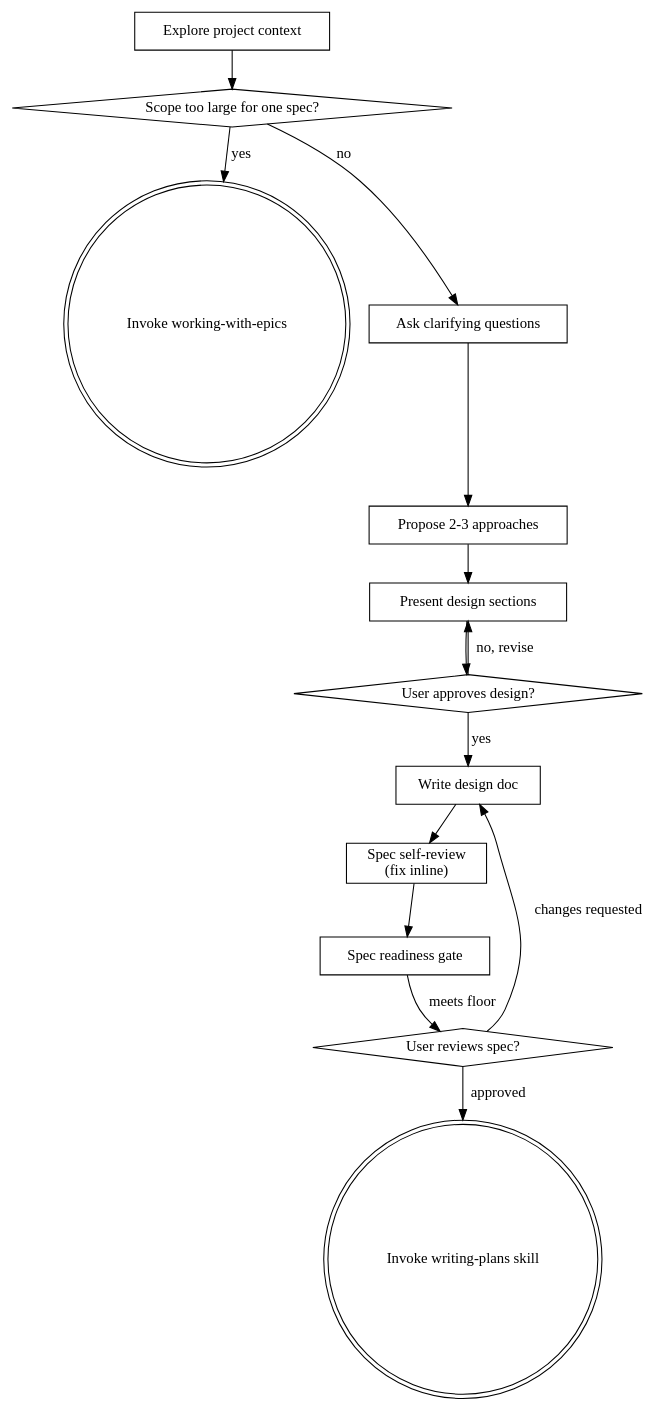
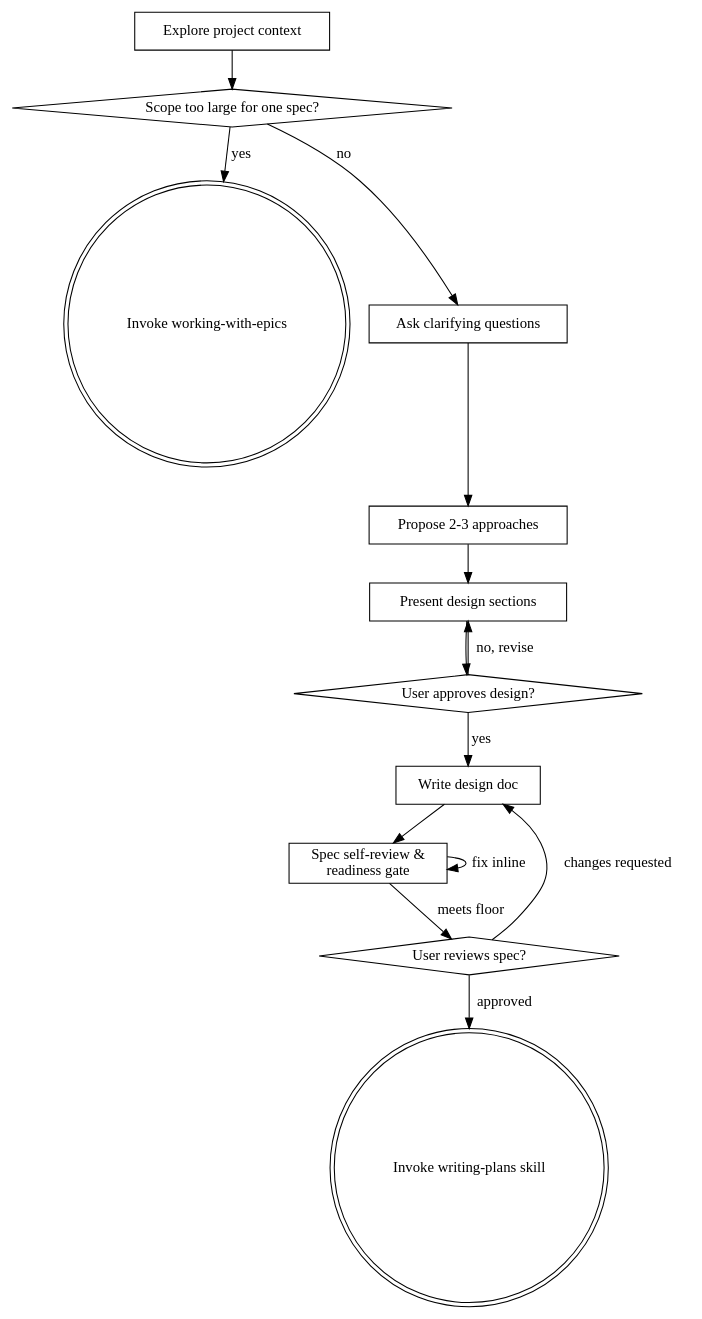
One commit to HarleyBartles/agent-asset-marketplace changed the diagram in codex-marketplace/plugins/superpowers-plus/skills/brainstorming/SKILL.md. Above: the diagram before and after it, drawn with Graphviz. The commit also changed other lines of this file and 3 other files, not shown here.

Commit message:
refactor: combine spec self-review and readiness gate

````diff
--- a/codex-marketplace/plugins/superpowers-plus/skills/brainstorming/SKILL.md
+++ b/codex-marketplace/plugins/superpowers-plus/skills/brainstorming/SKILL.md
@@ -63,30 +62,29 @@
 ```dot
 digraph brainstorming {
     "Explore project context" [shape=box];
     "Scope too large for one spec?" [shape=diamond];
     "Invoke working-with-epics" [shape=doublecircle];
     "Ask clarifying questions" [shape=box];
     "Propose 2-3 approaches" [shape=box];
     "Present design sections" [shape=box];
     "User approves design?" [shape=diamond];
     "Write design doc" [shape=box];
-    "Spec self-review\n(fix inline)" [shape=box];
+    "Spec self-review &\nreadiness gate" [shape=box];
     "User reviews spec?" [shape=diamond];
-    "Spec readiness gate" [shape=box];
     "Invoke writing-plans skill" [shape=doublecircle];
 
     "Explore project context" -> "Scope too large for one spec?";
     "Scope too large for one spec?" -> "Invoke working-with-epics" [label="yes"];
     "Scope too large for one spec?" -> "Ask clarifying questions" [label="no"];
     "Ask clarifying questions" -> "Propose 2-3 approaches";
     "Propose 2-3 approaches" -> "Present design sections";
     "Present design sections" -> "User approves design?";
     "User approves design?" -> "Present design sections" [label="no, revise"];
     "User approves design?" -> "Write design doc" [label="yes"];
-    "Write design doc" -> "Spec self-review\n(fix inline)";
-    "Spec self-review\n(fix inline)" -> "Spec readiness gate";
-    "Spec readiness gate" -> "User reviews spec?" [label="meets floor"];
+    "Write design doc" -> "Spec self-review &\nreadiness gate";
+    "Spec self-review &\nreadiness gate" -> "Spec self-review &\nreadiness gate" [label="fix inline"];
+    "Spec self-review &\nreadiness gate" -> "User reviews spec?" [label="meets floor"];
     "User reviews spec?" -> "Write design doc" [label="changes requested"];
     "User reviews spec?" -> "Invoke writing-plans skill" [label="approved"];
 }
 ```
````
